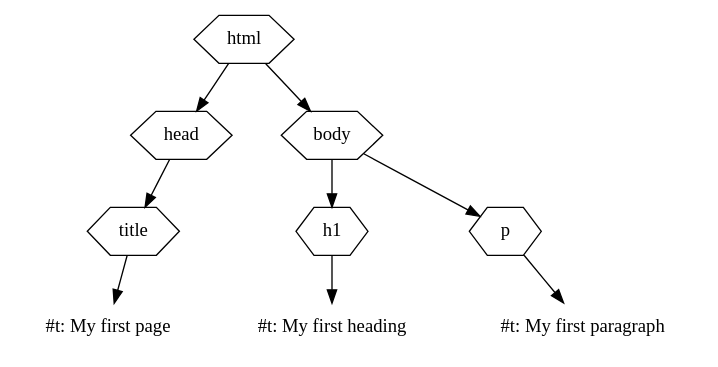
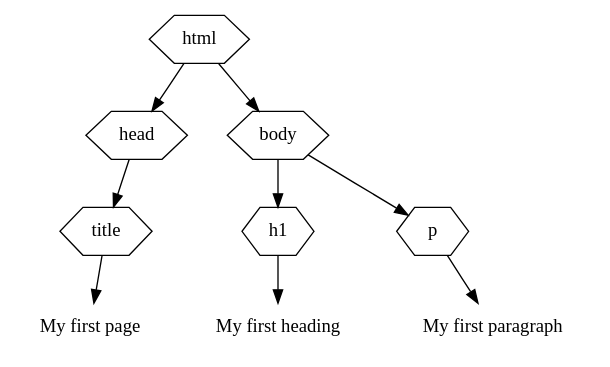
Before and after one commit to nikclayton/web-courseware: diagram 13 of 18 in courseware/week2/day1.org, drawn with Graphviz. The commit also changed other lines of this file and 53 other files, not shown here.

```diff
--- a/courseware/week2/day1.org
+++ b/courseware/week2/day1.org
@@ -2707,16 +2888,18 @@
-#+BEGIN_SRC dot :file html-tree4.svg :cmdline -Tsvg -Gstylesheet=../graphviz.css
-  digraph G {
-    node [shape="hexagon"];
-    html -> head;
-    html -> body;
-    head -> title;
-    title -> title_content
-    title_content  [label="#t: My first page" shape="none"];
-    body -> h1;
-    h1 -> h1_content
-    h1_content [label="#t: My first heading" shape="none"];
-    body -> p;
-    p -> p_content;
-    p_content [label="#t: My first paragraph" shape="none"];
-  }
+#+BEGIN_SRC dot :file html-tree-9.svg :cmdline -Tsvg -Gstylesheet=../graphviz.css
+digraph G {
+  node [shape="hexagon"];
+  html -> head
+  head -> title
+  title -> title_content
+  title_content  [label="My first page" shape=none];
+
+  html -> body;
+  body -> h1;
+  h1 -> h1_content;
+  h1_content [label="My first heading" shape=none];
+
+  body -> p;
+  p -> p_content;
+  p_content [label="My first paragraph" shape=none];
+}
 #+END_SRC
```
